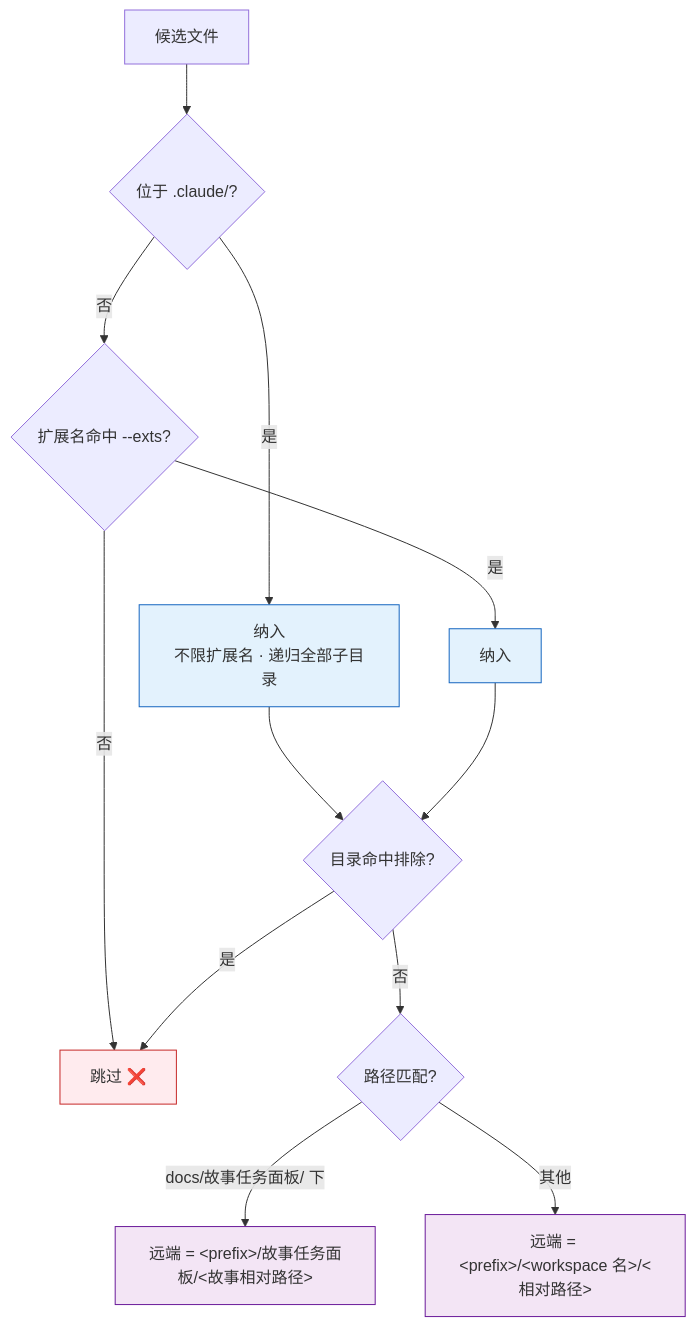
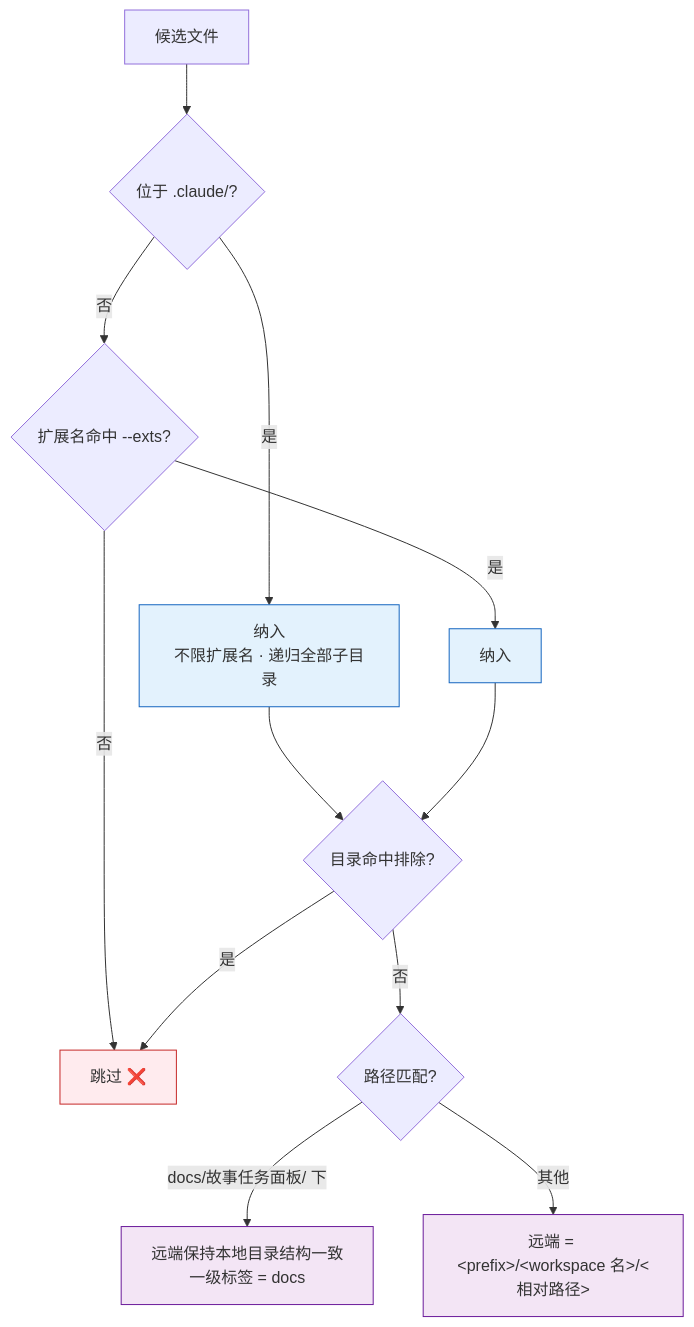
One commit to effiy/YrY changed the second of 8 diagrams in skills/rui-import/SKILL.md. Above: the diagram before and after it, drawn with Mermaid. The commit also changed other lines of this file and 1 other file, not shown here.

First line of the commit message:
fix: rui-import remote path preserves docs/ structure, no duplicate labels

````diff
--- a/skills/rui-import/SKILL.md
+++ b/skills/rui-import/SKILL.md
@@ -61,17 +61,17 @@
 ```mermaid
 flowchart TD
     FILE["候选文件"] --> Q1{"位于 .claude/?"}
     Q1 -->|"是"| ALL["纳入<br/>不限扩展名 · 递归全部子目录"]:::rule
     Q1 -->|"否"| EXT{"扩展名命中 --exts?"}
     EXT -->|"是"| KEEP["纳入"]:::rule
     EXT -->|"否"| SKIP["跳过 ❌"]:::skip
     ALL & KEEP --> Q2{"目录命中排除?"}
     Q2 -->|"是"| SKIP
     Q2 -->|"否"| Q3{"路径匹配?"}
-    Q3 -->|"docs/故事任务面板/ 下"| PATH1["远端 = &lt;prefix&gt;/故事任务面板/&lt;故事相对路径&gt;"]:::path
+    Q3 -->|"docs/故事任务面板/ 下"| PATH1["远端保持本地目录结构一致<br/>一级标签 = docs"]:::path
     Q3 -->|"其他"| PATH2["远端 = &lt;prefix&gt;/&lt;workspace 名&gt;/&lt;相对路径&gt;"]:::path
 
     classDef rule fill:#e3f2fd,stroke:#1565c0;
     classDef skip fill:#ffebee,stroke:#c62828;
     classDef path fill:#f3e5f5,stroke:#6a1b9a;
 ```
````
